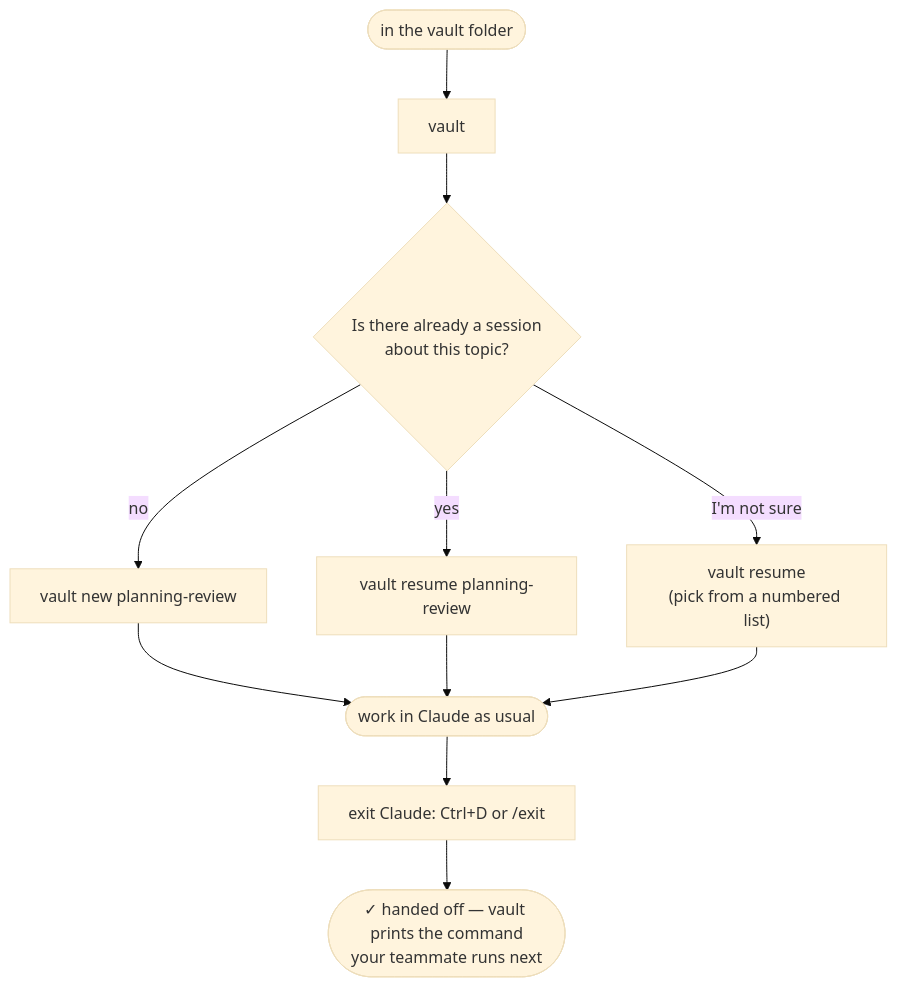
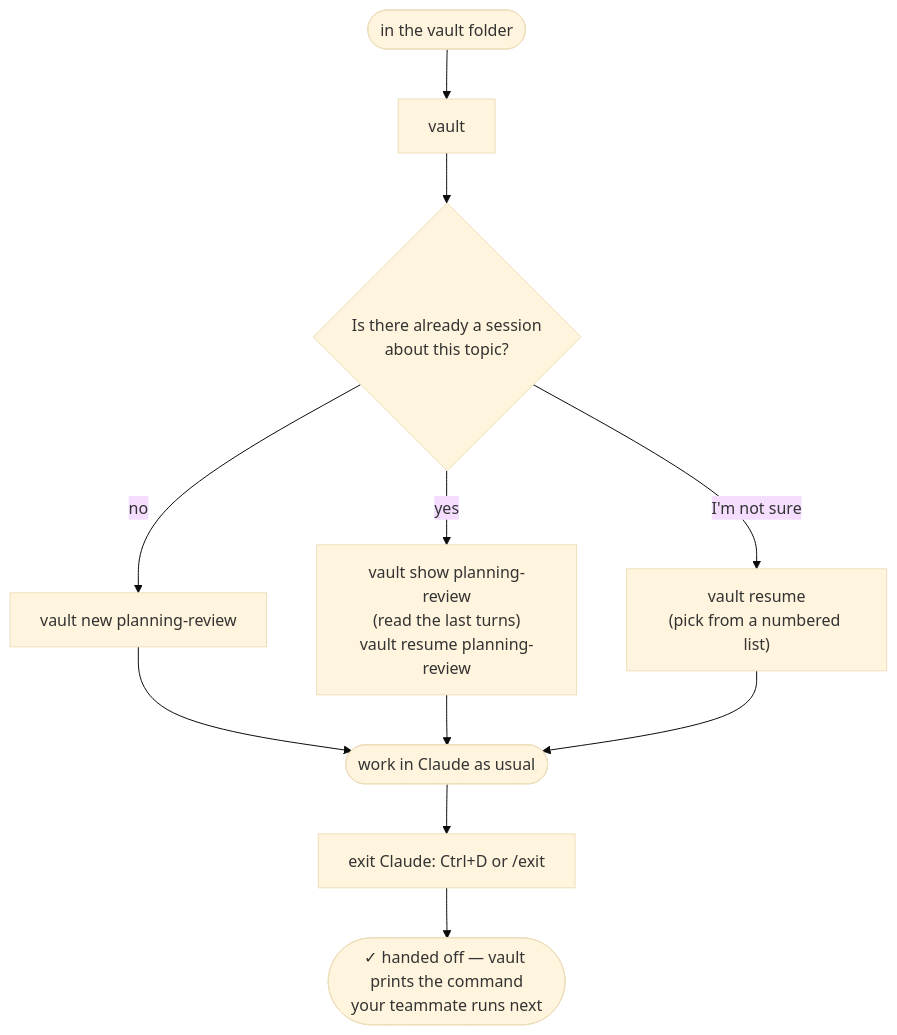
Before and after one commit to shashb27/vault: the second of 6 diagrams in README.md, drawn with Mermaid (base theme). The commit also changed other lines of this file and 33 other files, not shown here.

````diff
--- a/README.md
+++ b/README.md
@@ -94,13 +107,13 @@
 ```mermaid
 flowchart TD
     A(["in the vault folder"]) --> B["vault"]
     B --> C{"Is there already a session<br/>about this topic?"}
     C -- no --> D["vault new planning-review"]
-    C -- yes --> E["vault resume planning-review"]
+    C -- yes --> E["vault show planning-review<br/>(read the last turns)<br/>vault resume planning-review"]
     C -- "I'm not sure" --> F["vault resume<br/>(pick from a numbered list)"]
     D --> G(["work in Claude as usual"])
     E --> G
     F --> G
     G --> H["exit Claude: Ctrl+D or /exit"]
     H --> I(["✓ handed off — vault prints the command<br/>your teammate runs next"])
 ```
````
